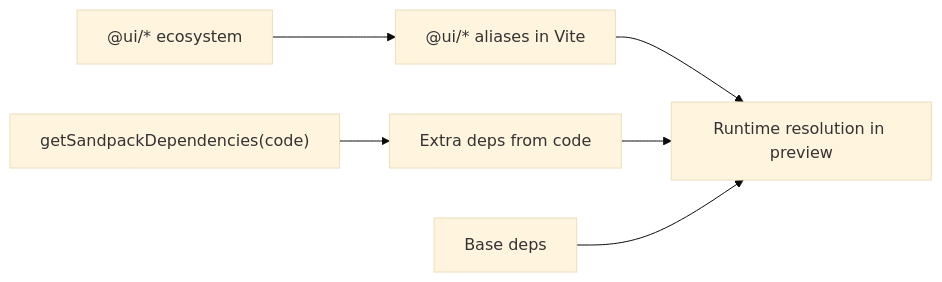
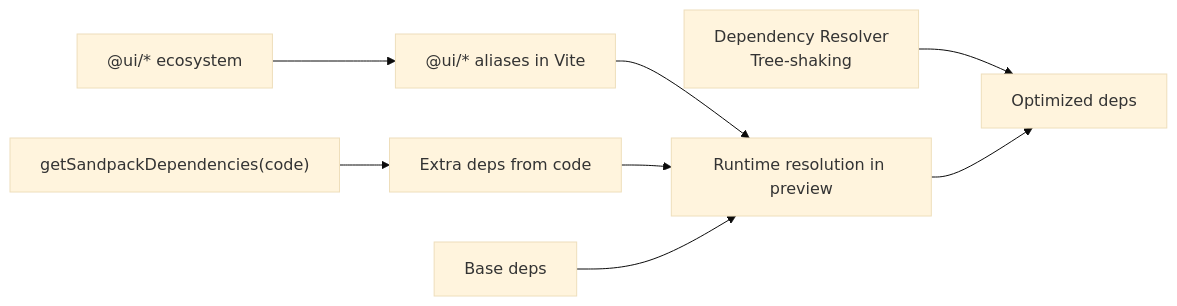
The eighth of 8 diagrams in .qoder/repowiki/en/content/Live Preview & Development Tools/Sandpack Integration.md (shekhargiri005-dotcom/AI-powered-accessibility-first-UI-engine), drawn with Mermaid (base theme) before and after one commit. The commit also changed other lines of this file and 32 other files, not shown here.

````diff
--- a/.qoder/repowiki/en/content/Live Preview & Development Tools/Sandpack Integration.md
+++ b/.qoder/repowiki/en/content/Live Preview & Development Tools/Sandpack Integration.md
@@ -286,8 +399,10 @@
 ```mermaid
 graph LR
 Base["@ui/* ecosystem"] --> Alias["@ui/* aliases in Vite"]
 Alias --> Runtime["Runtime resolution in preview"]
 Detect["getSandpackDependencies(code)"] --> Extras["Extra deps from code"]
 Extras --> Runtime
 BaseDeps["Base deps"] --> Runtime
+TreeShake["Dependency Resolver<br/>Tree-shaking"] --> Optimized["Optimized deps"]
+Runtime --> Optimized
 ```
````
